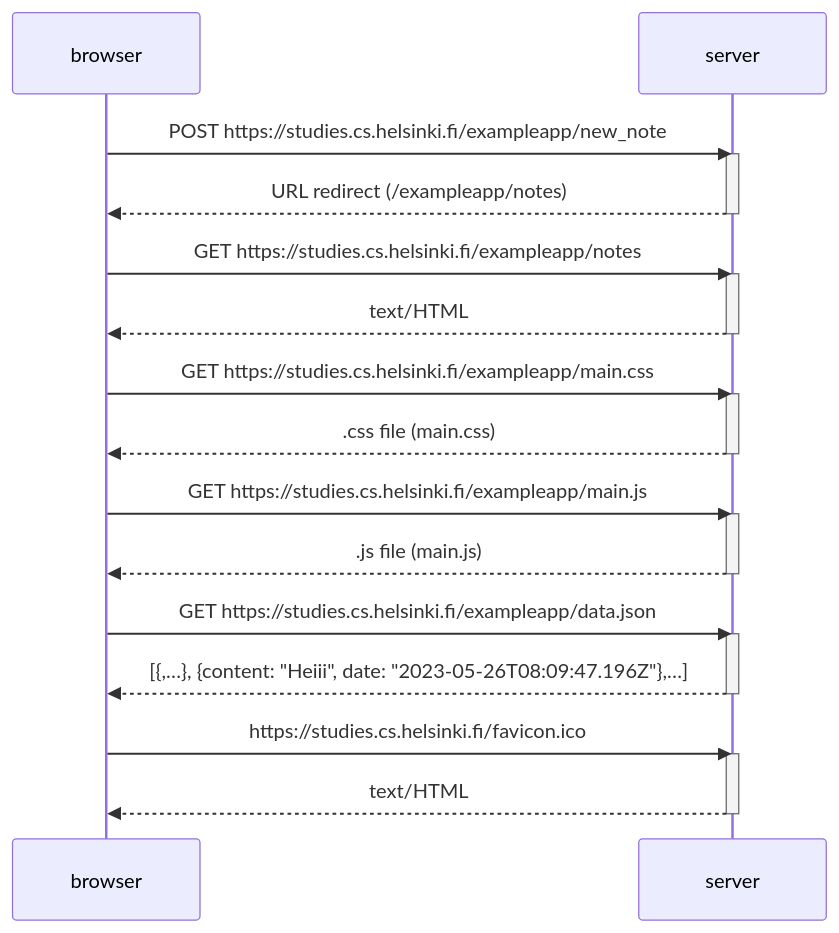
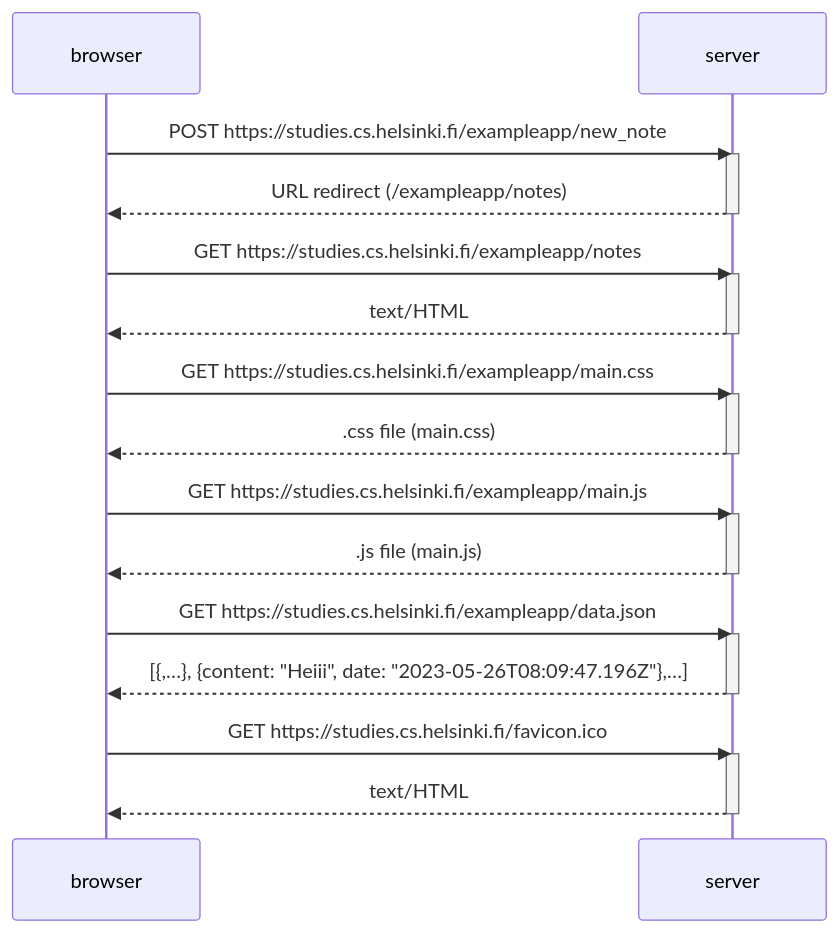
One commit to Krazza/FullStackOpen changed the diagram in part0/0.4_NewNoteDiagram.md. Above: the diagram before and after it, drawn with Mermaid.

Commit message:
diagram fix .1

````diff
--- a/part0/0.4_NewNoteDiagram.md
+++ b/part0/0.4_NewNoteDiagram.md
@@ -1,35 +1,35 @@
 ``` mermaid
 sequenceDiagram
     participant browser
     participant server
 
     browser->>server: POST https://studies.cs.helsinki.fi/exampleapp/new_note
     activate server
     server-->>browser: URL redirect (/exampleapp/notes)
     deactivate server
 
     browser->>server: GET https://studies.cs.helsinki.fi/exampleapp/notes
     activate server
     server-->>browser: text/HTML
     deactivate server
 
     browser->>server: GET https://studies.cs.helsinki.fi/exampleapp/main.css
     activate server
     server-->>browser: .css file (main.css)
     deactivate server
 
     browser->>server: GET https://studies.cs.helsinki.fi/exampleapp/main.js
     activate server
     server-->>browser: .js file (main.js)
     deactivate server
 
     browser->>server: GET https://studies.cs.helsinki.fi/exampleapp/data.json
     activate server
     server-->>browser: [{,…}, {content: "Heiii", date: "2023-05-26T08:09:47.196Z"},…]
     deactivate server
 
-    browser->>server: https://studies.cs.helsinki.fi/favicon.ico
+    browser->>server: GET https://studies.cs.helsinki.fi/favicon.ico
     activate server
     server-->>browser: text/HTML
     deactivate server
 ```
````
